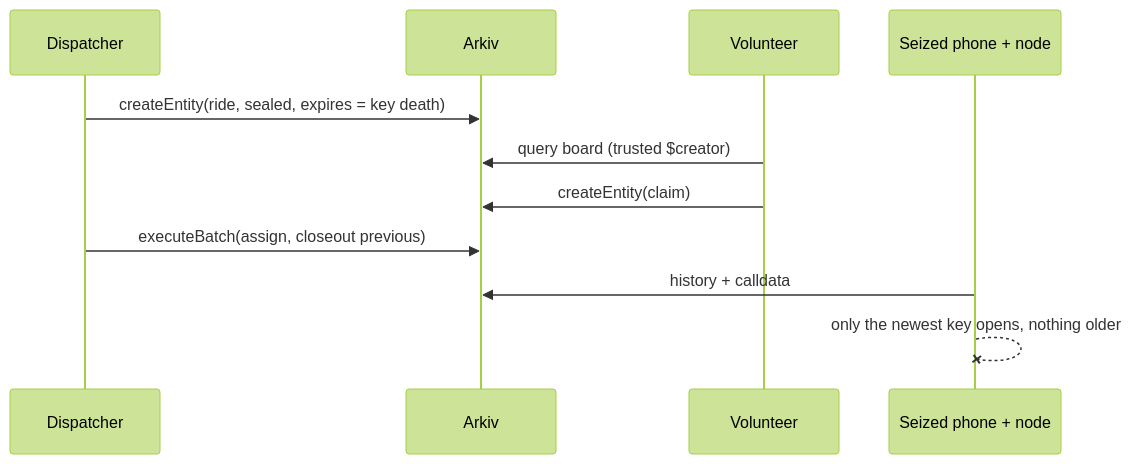
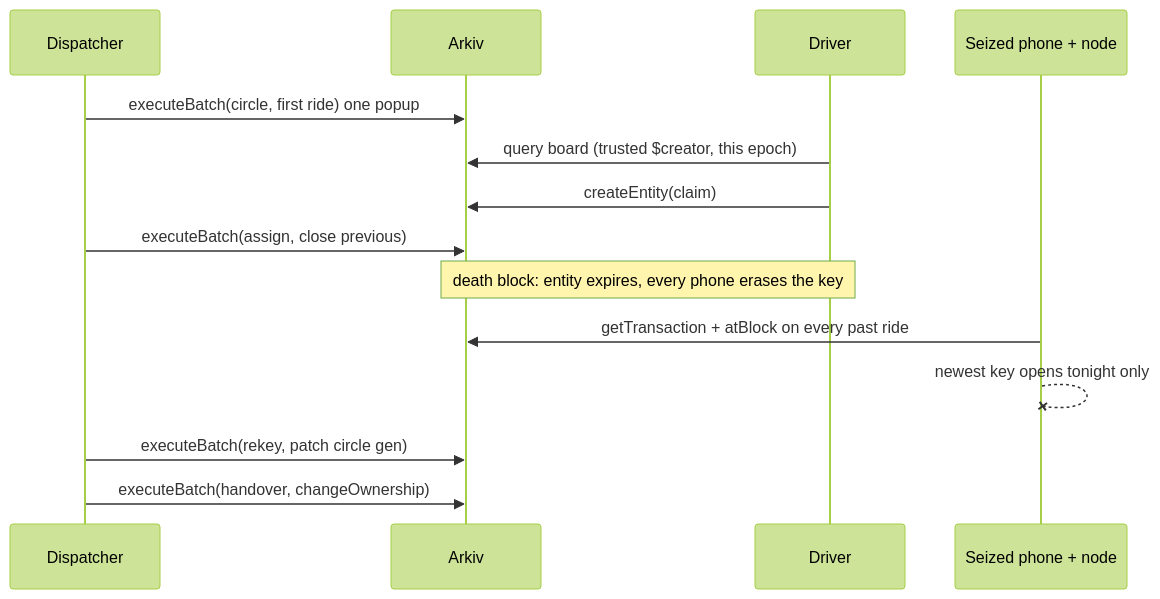
Before and after one commit to 0xkinno/rasure: the second of 2 diagrams in README.md, drawn with Mermaid (forest theme). The commit also changed other lines of this file and 16 other files, not shown here.

````diff
--- a/README.md
+++ b/README.md
@@ -97,13 +141,16 @@
 ```mermaid
 sequenceDiagram
   participant Dsp as Dispatcher
   participant Ark as Arkiv
-  participant Vol as Volunteer
+  participant Drv as Driver
   participant Atk as Seized phone + node
-  Dsp->>Ark: createEntity(ride, sealed, expires = key death)
-  Vol->>Ark: query board (trusted $creator)
-  Vol->>Ark: createEntity(claim)
-  Dsp->>Ark: executeBatch(assign, closeout previous)
-  Atk->>Ark: history + calldata
-  Atk--xAtk: only the newest key opens, nothing older
+  Dsp->>Ark: executeBatch(circle, first ride)  one popup
+  Drv->>Ark: query board (trusted $creator, this epoch)
+  Drv->>Ark: createEntity(claim)
+  Dsp->>Ark: executeBatch(assign, close previous)
+  Note over Ark,Drv: death block: entity expires, every phone erases the key
+  Atk->>Ark: getTransaction + atBlock on every past ride
+  Atk--xAtk: newest key opens tonight only
+  Dsp->>Ark: executeBatch(rekey, patch circle gen)
+  Dsp->>Ark: executeBatch(handover, changeOwnership)
 ```
````
